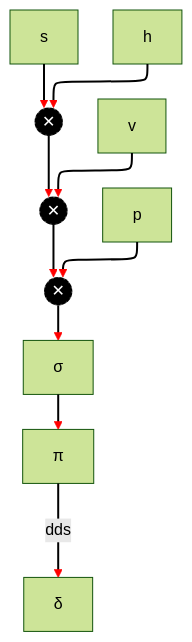
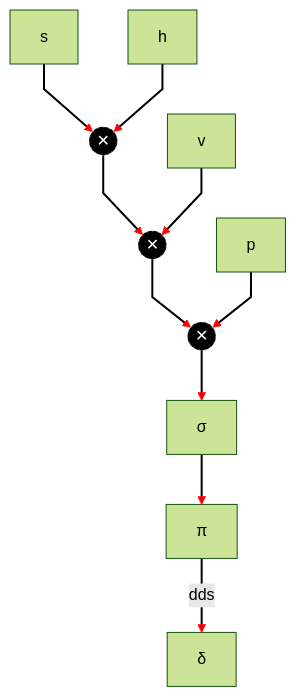
One commit to IxI-Enki/DbiTheorie-001 changed the diagram in diagrams/logische-optimierung.md. Above: the diagram before and after it, drawn with Mermaid (forest theme).

````diff
--- a/diagrams/logische-optimierung.md
+++ b/diagrams/logische-optimierung.md
@@ -4,40 +4,40 @@
 ```mermaid
-%%{init: { "flowchart-elk": { "curve": "basis" } } }%%
+%%{init: { "flowchart": { "curve": "linear" } } }%%
 
-flowchart-elk TB
+flowchart TB
   classDef cross fill:#000,stroke:#ffffff4d,stroke-width:2px,color:#fff,stroke-dasharray: 2 4;
   
   0[δ]
   1[π]
   2[σ]
   x((✕))
   x2((✕))
   x3((✕))
   p[p]
   s[s]
   h[h]
   class x,x2,x3 cross;
 
   %% 0  
   1  -- dds --> 0        
   %% 1      
   2  --> 1        
   %% 2      
   x  --> 2        
   %% 3      
   x2 --> x        
   %% 4      
   x3 --> x2       
   %% 5      
   v  --> x2       
   %% 6      
   p  --> x        
   %% 7      
   s  --> x3       
   %% 8      
   h  --> x3       
 
   linkStyle 0,1,2,3,4,5,6,7,8 fill:none, stroke:#000, stroke-width:2px, color:black;
   linkStyle default stroke-width:2px,fill:none,stroke:red;
 
 ```
````
